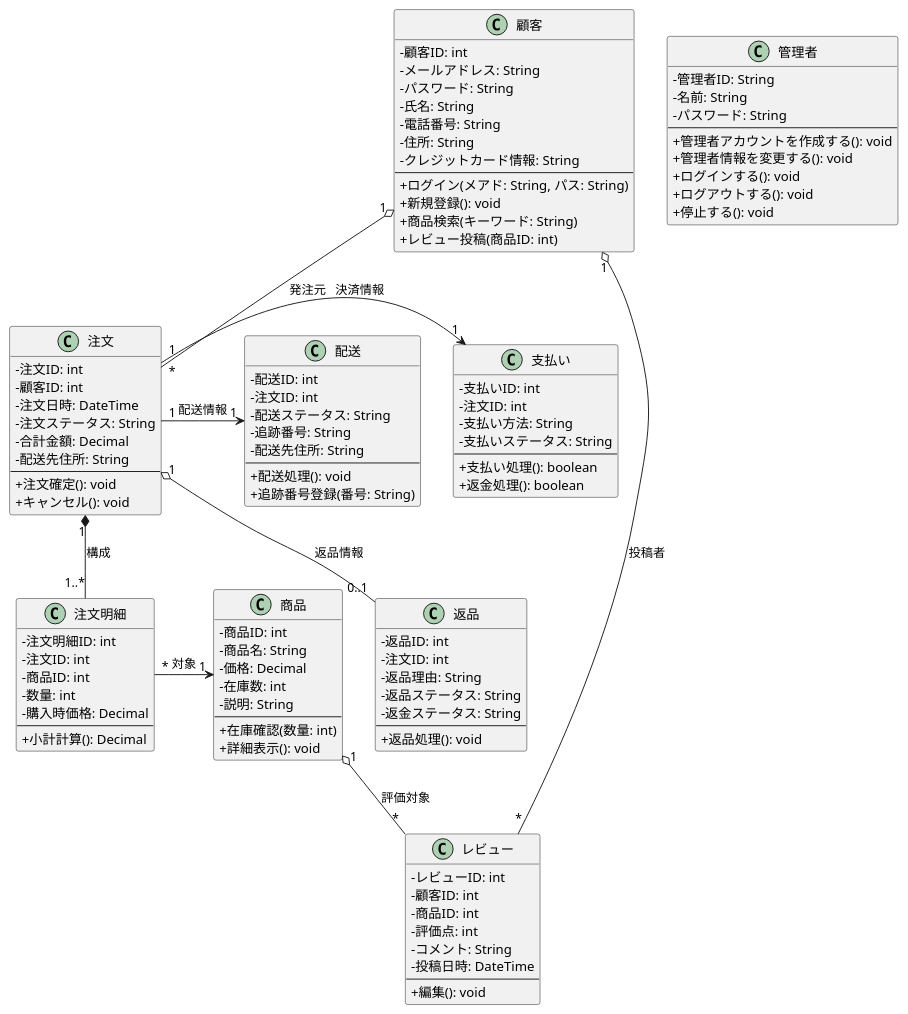
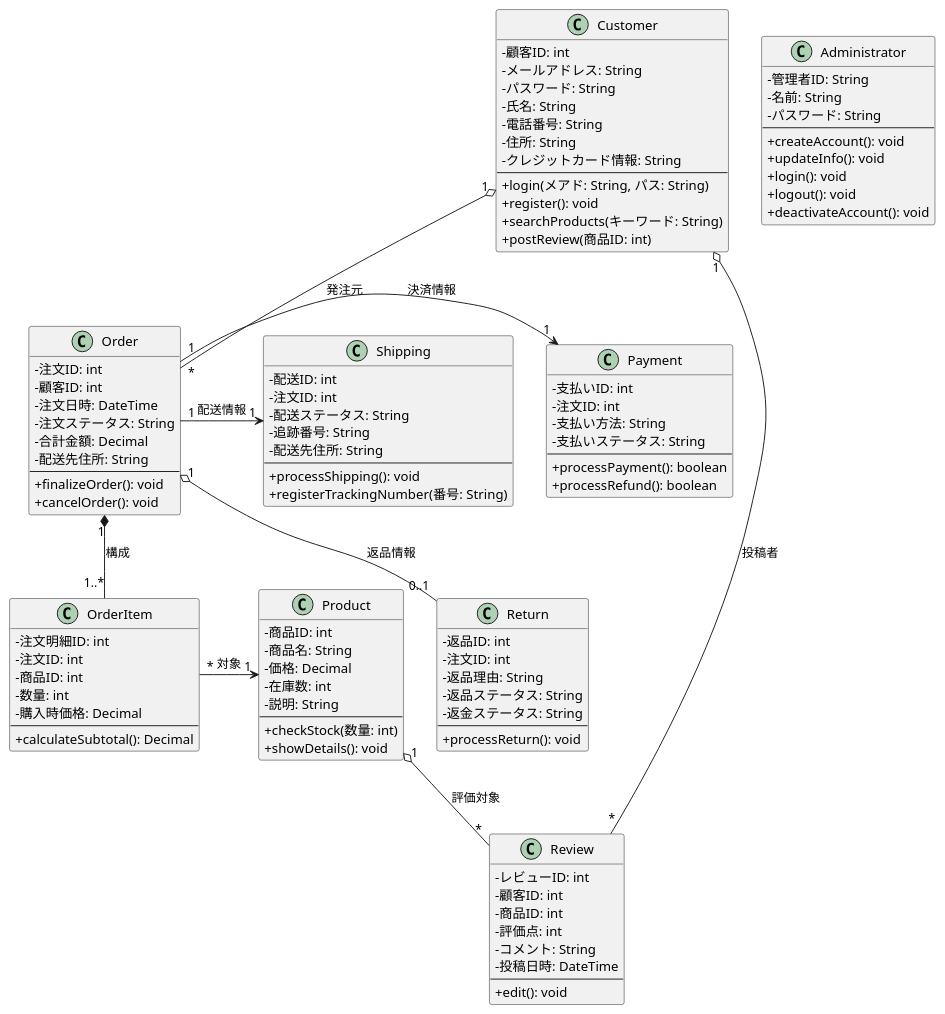
Before and after one commit to mameiku/group3-4: the diagram in class.pu, drawn with PlantUML.

Commit message:
変更

```diff
--- a/class.pu
+++ b/class.pu
@@ -1,137 +1,136 @@
-@startuml　.
+@startuml .
 skinparam handwritten false
 skinparam classAttributeIconSize 0
 skinparam defaultFontName "メイリオ"
 
-class 管理者 {
+class Administrator {
     - 管理者ID: String
     - 名前: String
     - パスワード: String
     --
-    + 管理者アカウントを作成する(): void
-    + 管理者情報を変更する(): void
-    + ログインする(): void
-    + ログアウトする(): void
-    + 停止する(): void
+    + createAccount(): void
+    + updateInfo(): void
+    + login(): void
+    + logout(): void
+    + deactivateAccount(): void
 }
 
-class 顧客 {
+class Customer {
     - 顧客ID: int
     - メールアドレス: String
     - パスワード: String
     - 氏名: String
     - 電話番号: String
     - 住所: String
     - クレジットカード情報: String
     --
-    + ログイン(メアド: String, パス: String)
-    + 新規登録(): void
-    + 商品検索(キーワード: String)
-    + レビュー投稿(商品ID: int)
+    + login(メアド: String, パス: String)
+    + register(): void
+    + searchProducts(キーワード: String)
+    + postReview(商品ID: int)
 }
 
-class 商品 {
+class Product {
     - 商品ID: int
     - 商品名: String
     - 価格: Decimal
     - 在庫数: int
     - 説明: String
     --
-    + 在庫確認(数量: int)
-    + 詳細表示(): void
+    + checkStock(数量: int)
+    + showDetails(): void
 }
 
-class 注文 {
+class Order {
     - 注文ID: int
     - 顧客ID: int
     - 注文日時: DateTime
     - 注文ステータス: String
     - 合計金額: Decimal
     - 配送先住所: String
     --
-    + 注文確定(): void
-    + キャンセル(): void
+    + finalizeOrder(): void
+    + cancelOrder(): void
 }
 
-class 注文明細 {
+class OrderItem {
     - 注文明細ID: int
     - 注文ID: int
     - 商品ID: int
     - 数量: int
     - 購入時価格: Decimal
     --
-    + 小計計算(): Decimal
+    + calculateSubtotal(): Decimal
 }
 
-class レビュー {
+class Review {
     - レビューID: int
     - 顧客ID: int
     - 商品ID: int
     - 評価点: int
     - コメント: String
     - 投稿日時: DateTime
     --
-    + 編集(): void
+    + edit(): void
 }
 
-class 支払い {
+class Payment {
     - 支払いID: int
     - 注文ID: int
     - 支払い方法: String
     - 支払いステータス: String
     --
-    + 支払い処理(): boolean
-    + 返金処理(): boolean
+    + processPayment(): boolean
+    + processRefund(): boolean
 }
 
-class 配送 {
+class Shipping {
     - 配送ID: int
     - 注文ID: int
     - 配送ステータス: String
     - 追跡番号: String
     - 配送先住所: String
     --
-    + 配送処理(): void
-    + 追跡番号登録(番号: String)
+    + processShipping(): void
+    + registerTrackingNumber(番号: String)
 }
 
-class 返品 {
+class Return {
     - 返品ID: int
     - 注文ID: int
     - 返品理由: String
     - 返品ステータス: String
     - 返金ステータス: String
     --
-    + 返品処理(): void
+    + processReturn(): void
 }
 
 ' ====================================================================
 ' 関連定義
-' 管理者クラスの関連は削除し、単体で存在させます。
 ' ====================================================================
 
 ' 顧客 - 注文 (1対多)
-顧客 "1" o-- "*" 注文 : 発注元
+Customer "1" o-- "*" Order : 発注元
 
 ' 注文 - 注文明細 (1対多/コンポジション)
-注文 "1" *-- "1..*" 注文明細 : 構成
+Order "1" *-- "1..*" OrderItem : 構成
 
 ' 注文明細 -> 商品 (多対1/一方向)
-注文明細 "*" -> "1" 商品 : 対象
+OrderItem "*" -> "1" Product : 対象
 
 ' 顧客 - レビュー (1対多)
-顧客 "1" o-- "*" レビュー : 投稿者
+Customer "1" o-- "*" Review : 投稿者
 
 ' 商品 - レビュー (1対多)
-商品 "1" o-- "*" レビュー : 評価対象
+Product "1" o-- "*" Review : 評価対象
 
 ' 注文 -> 支払い (1対1/一方向)
-注文 "1" -> "1" 支払い : 決済情報
+Order "1" -> "1" Payment : 決済情報
 
 ' 注文 -> 配送 (1対1/一方向)
-注文 "1" -> "1" 配送 : 配送情報
+Order "1" -> "1" Shipping : 配送情報
 
 ' 注文 - 返品 (1対0..1)
-注文 "1" o-- "0..1" 返品 : 返品情報
+Order "1" o-- "0..1" Return : 返品情報
 
 @enduml
```
